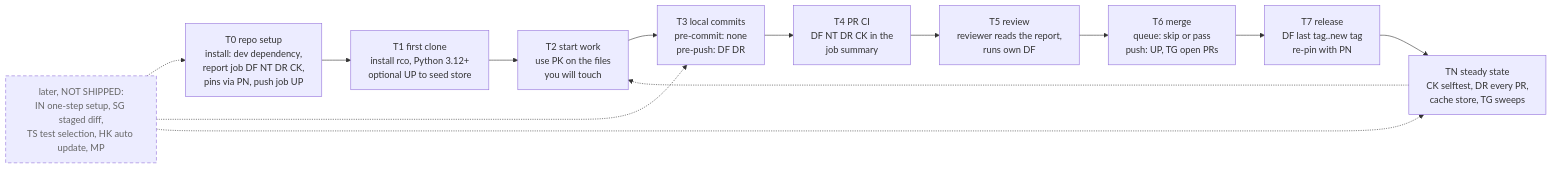
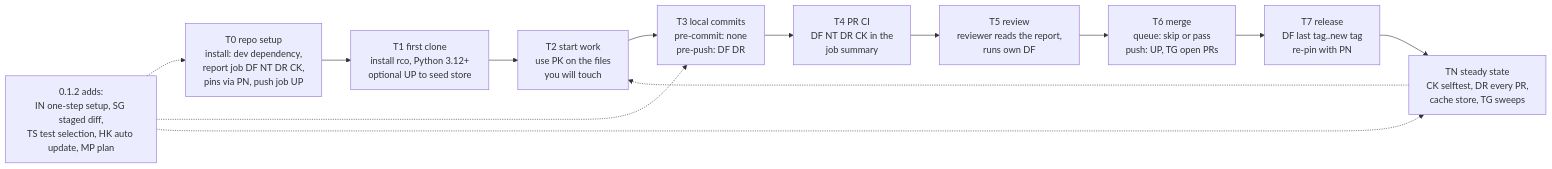
Before and after one commit to si4ai/repo-context-optimizer: the first of 6 diagrams in docs/guide/adopting-rco.md, drawn with Mermaid. The commit also changed other lines of this file and 1 other file, not shown here.

````diff
--- a/docs/guide/adopting-rco.md
+++ b/docs/guide/adopting-rco.md
@@ -67,19 +69,19 @@
 ```mermaid
 flowchart LR
   classDef ns stroke-dasharray:6 4,color:#666;
   T0["T0 repo setup<br/>install: dev dependency,<br/>report job DF NT DR CK,<br/>pins via PN, push job UP"]
   T1["T1 first clone<br/>install rco, Python 3.12+<br/>optional UP to seed store"]
   T2["T2 start work<br/>use PK on the files<br/>you will touch"]
   T3["T3 local commits<br/>pre-commit: none<br/>pre-push: DF DR"]
   T4["T4 PR CI<br/>DF NT DR CK in the<br/>job summary"]
   T5["T5 review<br/>reviewer reads the report,<br/>runs own DF"]
   T6["T6 merge<br/>queue: skip or pass<br/>push: UP, TG open PRs"]
   T7["T7 release<br/>DF last tag..new tag<br/>re-pin with PN"]
   TN["TN steady state<br/>CK selftest, DR every PR,<br/>cache store, TG sweeps"]
-  L["later, NOT SHIPPED:<br/>IN one-step setup, SG staged diff,<br/>TS test selection, HK auto update, MP"]:::ns
+  L["0.1.2 adds:<br/>IN one-step setup, SG staged diff,<br/>TS test selection, HK auto update, MP plan"]
   T0 --> T1 --> T2 --> T3 --> T4 --> T5 --> T6 --> T7 --> TN
   TN -.-> T2
   L -.-> T0
   L -.-> T3
   L -.-> TN
 ```
````
